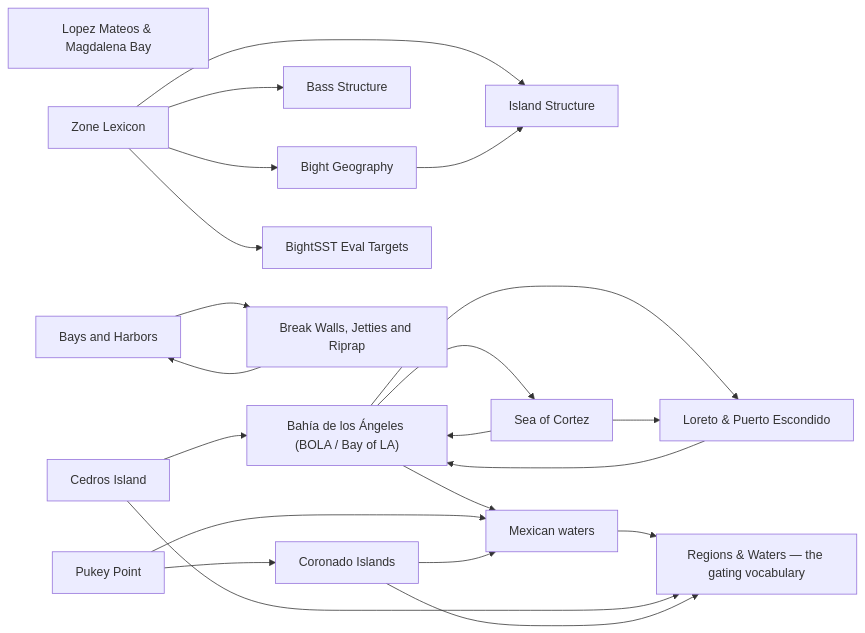
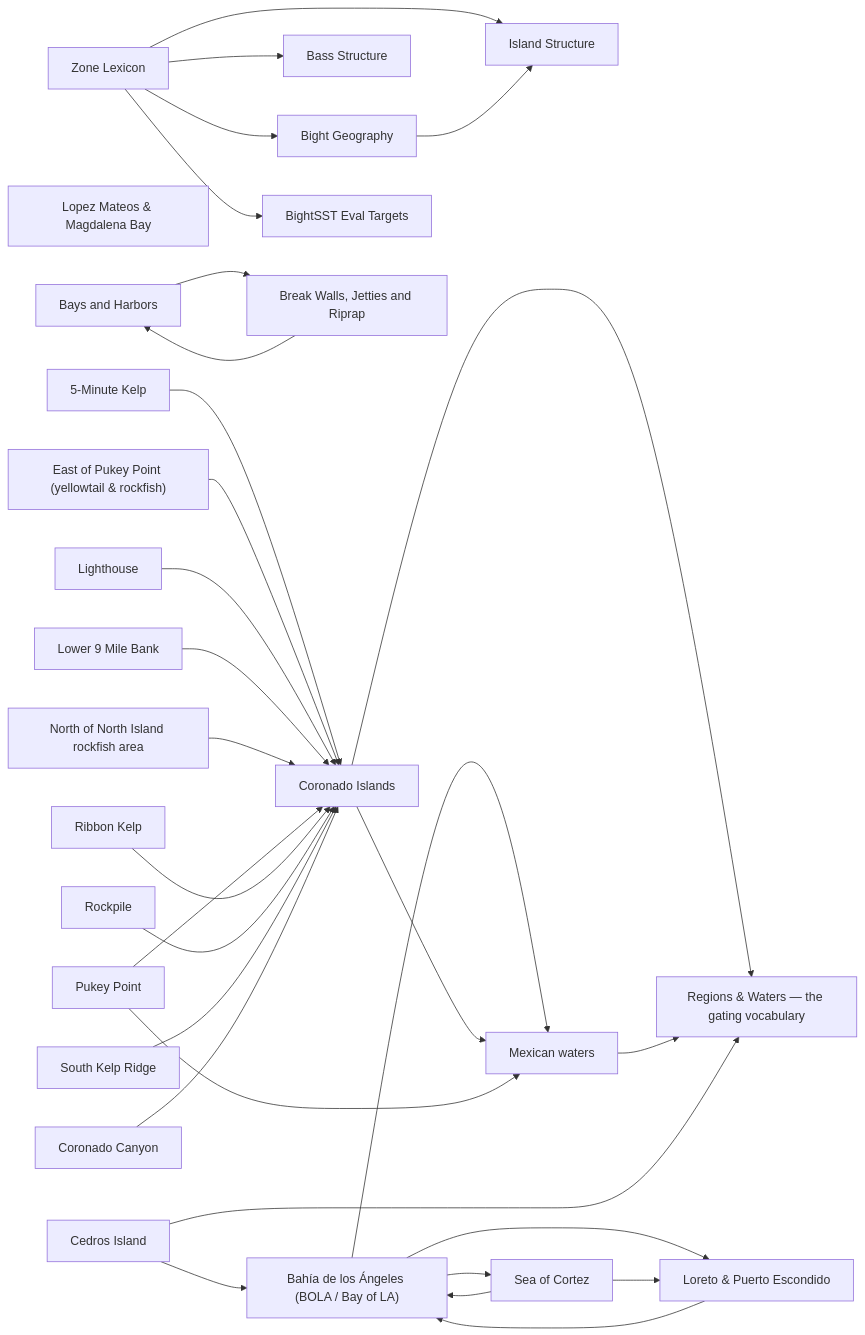
The diagram in locations/README.md (camchuckpete-max/Socal-Fishing-Knowledge), drawn with Mermaid before and after one commit. The commit also changed other lines of this file and 17 other files, not shown here.

````diff
--- a/locations/README.md
+++ b/locations/README.md
@@ -32,39 +41,57 @@
 ```mermaid
 graph LR
-  n0["Bahía de los Ángeles (BOLA / Bay of LA)"]
-  n1["Lopez Mateos & Magdalena Bay"]
-  n2["Bass Structure"]
-  n3["Bays and Harbors"]
-  n4["Bight Geography"]
-  n5["BightSST Eval Targets"]
-  n6["Break Walls, Jetties and Riprap"]
-  n7["Cedros Island"]
-  n8["Coronado Islands"]
-  n9["Island Structure"]
-  n10["Loreto & Puerto Escondido"]
-  n11["Mexican waters"]
-  n12["Pukey Point"]
-  n13["Regions & Waters — the gating vocabulary"]
-  n14["Sea of Cortez"]
-  n15["Zone Lexicon"]
+  n0["5-Minute Kelp"]
+  n1["Bahía de los Ángeles (BOLA / Bay of LA)"]
+  n2["Lopez Mateos & Magdalena Bay"]
+  n3["Bass Structure"]
+  n4["Bays and Harbors"]
+  n5["Bight Geography"]
+  n6["BightSST Eval Targets"]
+  n7["Break Walls, Jetties and Riprap"]
+  n8["Cedros Island"]
+  n9["Coronado Canyon"]
+  n10["Coronado Islands"]
+  n11["East of Pukey Point (yellowtail & rockfish)"]
+  n12["Island Structure"]
+  n13["Lighthouse"]
+  n14["Loreto & Puerto Escondido"]
+  n15["Lower 9 Mile Bank"]
+  n16["Mexican waters"]
+  n17["North of North Island rockfish area"]
+  n18["Pukey Point"]
+  n19["Regions & Waters — the gating vocabulary"]
+  n20["Ribbon Kelp"]
+  n21["Rockpile"]
+  n22["Sea of Cortez"]
+  n23["South Kelp Ridge"]
+  n24["Zone Lexicon"]
   n0 --> n10
-  n0 --> n11
-  n0 --> n14
-  n10 --> n0
-  n11 --> n13
-  n12 --> n11
-  n12 --> n8
-  n14 --> n0
-  n14 --> n10
-  n15 --> n2
-  n15 --> n4
-  n15 --> n5
-  n15 --> n9
-  n3 --> n6
-  n4 --> n9
-  n6 --> n3
-  n7 --> n0
-  n7 --> n13
-  n8 --> n11
-  n8 --> n13
+  n1 --> n14
+  n1 --> n16
+  n1 --> n22
+  n10 --> n16
+  n10 --> n19
+  n11 --> n10
+  n13 --> n10
+  n14 --> n1
+  n15 --> n10
+  n16 --> n19
+  n17 --> n10
+  n18 --> n10
+  n18 --> n16
+  n20 --> n10
+  n21 --> n10
+  n22 --> n1
+  n22 --> n14
+  n23 --> n10
+  n24 --> n12
+  n24 --> n3
+  n24 --> n5
+  n24 --> n6
+  n4 --> n7
+  n5 --> n12
+  n7 --> n4
+  n8 --> n1
+  n8 --> n19
+  n9 --> n10
 ```
````
